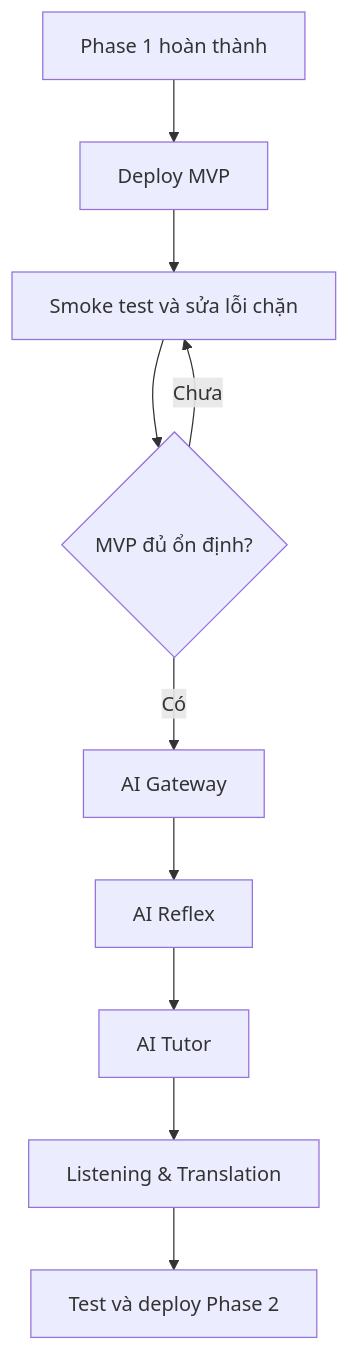
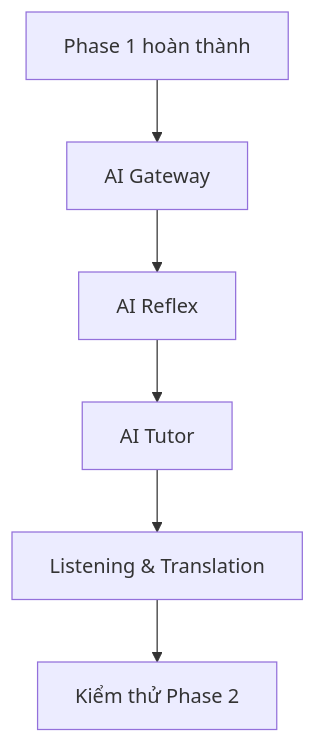
Before and after one commit to mrthinh307/kaiwa-up: the diagram in docs/12-phase-2-task-plan.md, drawn with Mermaid. The commit also changed other lines of this file and 6 other files, not shown here.

````diff
--- a/docs/12-phase-2-task-plan.md
+++ b/docs/12-phase-2-task-plan.md
@@ -688,12 +526,8 @@
 ```mermaid
 flowchart TD
-    A[Phase 1 hoàn thành] --> B[Deploy MVP]
-    B --> C[Smoke test và sửa lỗi chặn]
-    C --> D{MVP đủ ổn định?}
-    D -- Chưa --> C
-    D -- Có --> E[AI Gateway]
+    A[Phase 1 hoàn thành] --> E[AI Gateway]
     E --> F[AI Reflex]
     F --> G[AI Tutor]
     G --> H[Listening & Translation]
-    H --> I[Test và deploy Phase 2]
+    H --> I[Kiểm thử Phase 2]
 ```
````
